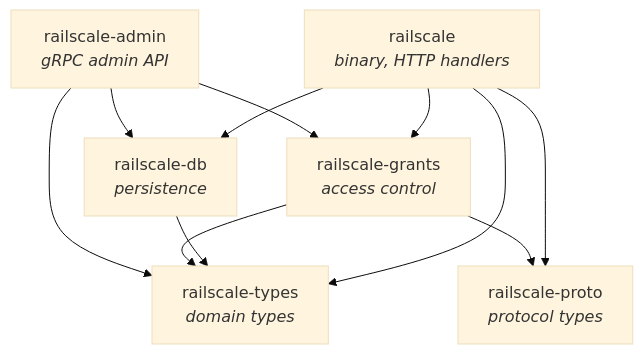
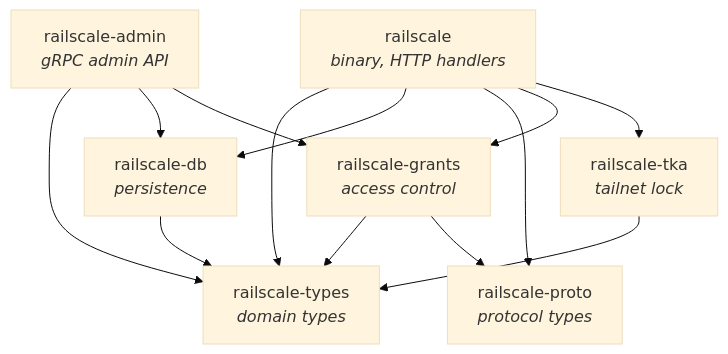
One commit to mushrowan/railscale changed the first of 3 diagrams in ARCHITECTURE.md. Above: the diagram before and after it, drawn with Mermaid (base theme). The commit also changed other lines of this file and 1 other file, not shown here.

First line of the commit message:
docs: update readme and architecture documentation

````diff
--- a/ARCHITECTURE.md
+++ b/ARCHITECTURE.md
@@ -34,21 +34,24 @@
 ```mermaid
 graph TD
     railscale[railscale<br/><i>binary, HTTP handlers</i>]
     types[railscale-types<br/><i>domain types</i>]
     db[railscale-db<br/><i>persistence</i>]
     proto[railscale-proto<br/><i>protocol types</i>]
     grants[railscale-grants<br/><i>access control</i>]
     admin[railscale-admin<br/><i>gRPC admin API</i>]
+    tka[railscale-tka<br/><i>tailnet lock</i>]
     
     railscale --> types
     railscale --> db
     railscale --> proto
     railscale --> grants
+    railscale --> tka
     
     db --> types
     grants --> types
     grants --> proto
     admin --> types
     admin --> db
     admin --> grants
+    tka --> types
 ```
````
